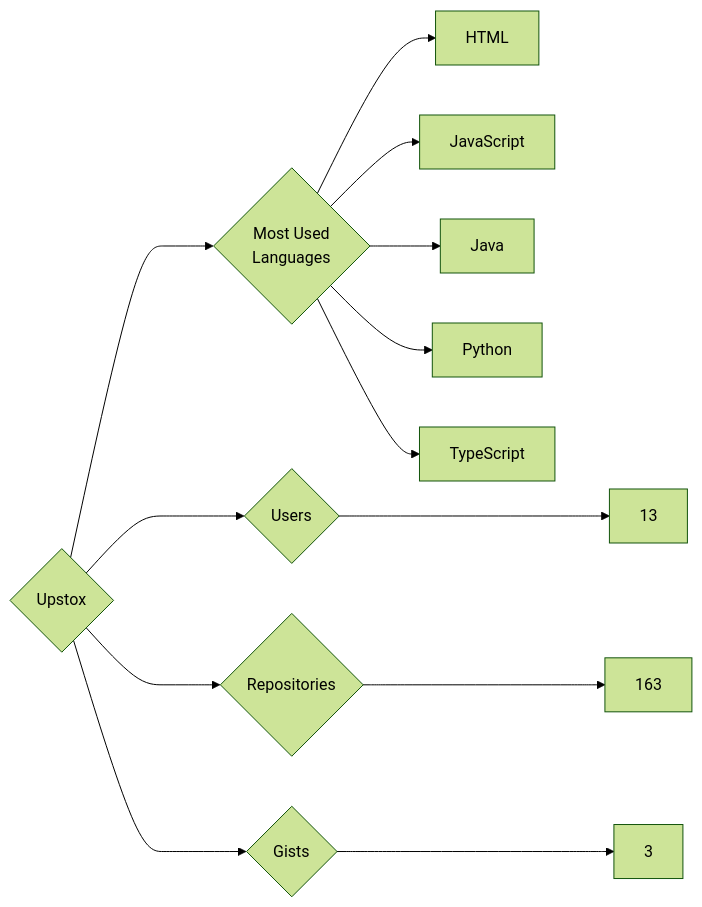
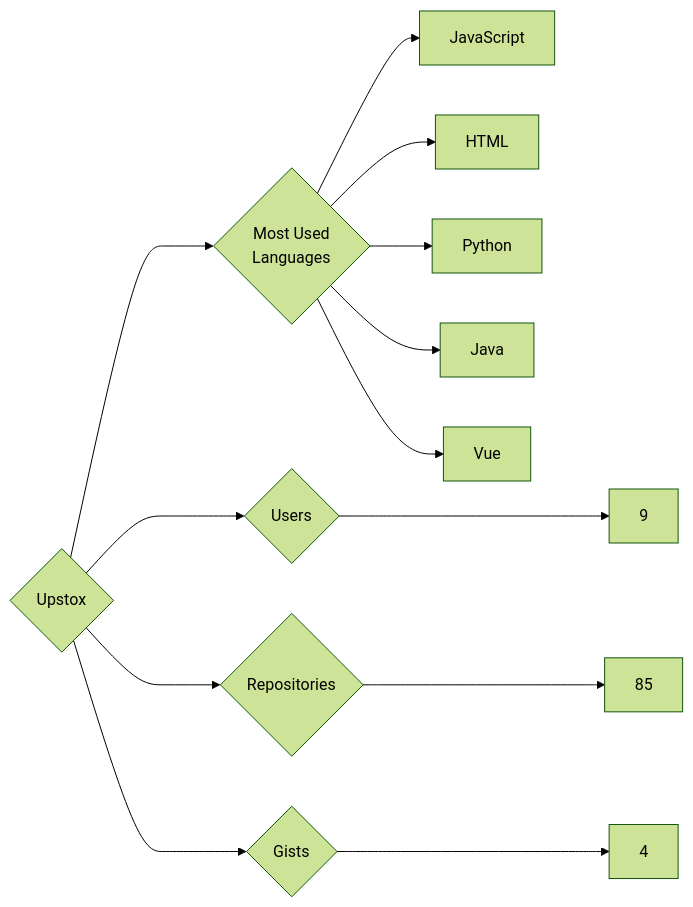
The diagram in targets/Upstox/README.md (trickest/insiders), drawn with Mermaid (forest theme) before and after one commit. The commit also changed 1484 other files, not shown here.

````diff
--- a/targets/Upstox/README.md
+++ b/targets/Upstox/README.md
@@ -3,13 +3,13 @@
 ```mermaid
 graph LR
 COMPANY_NAME{Upstox}
-COMPANY_NAME ---> U{Users} ---> UN[13]
-COMPANY_NAME ---> R{Repositories} ---> RN[163]
-COMPANY_NAME ---> G{Gists} ---> GN[3]
+COMPANY_NAME ---> U{Users} ---> UN[9]
+COMPANY_NAME ---> R{Repositories} ---> RN[85]
+COMPANY_NAME ---> G{Gists} ---> GN[4]
 COMPANY_NAME ---> ML{Most Used<br>Languages}
+ML --> JavaScript[JavaScript]
 ML --> HTML[HTML]
-ML --> JavaScript[JavaScript]
+ML --> Python[Python]
 ML --> Java[Java]
-ML --> Python[Python]
-ML --> TypeScript[TypeScript]
+ML --> Vue[Vue]
 ```
````
